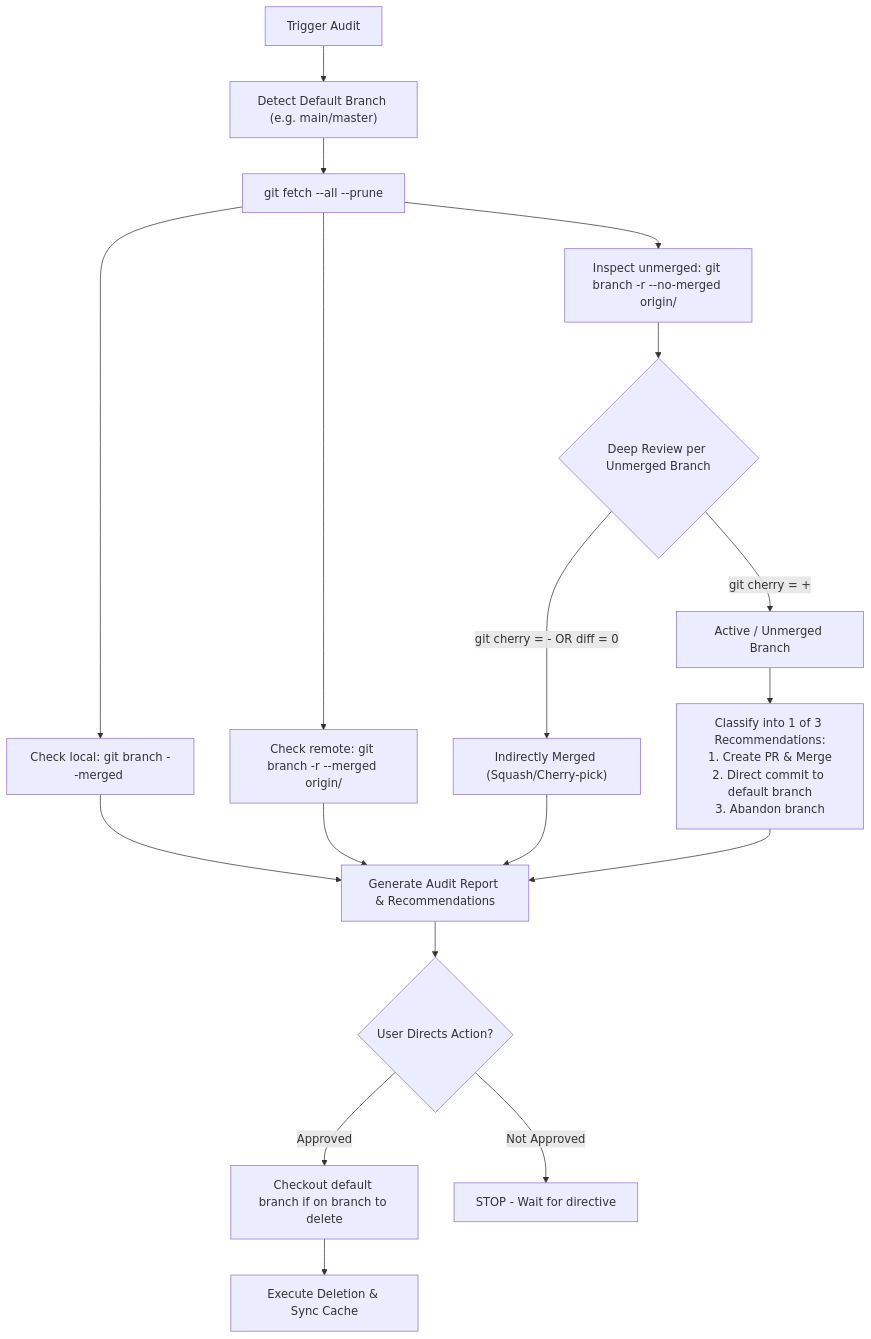
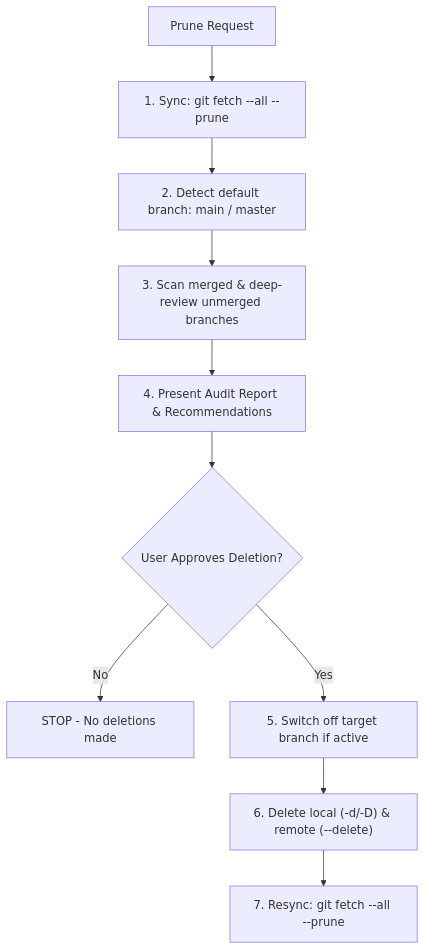
One commit to loerei/YumeShelf changed the diagram in .agents/skills/prune-branches/SKILL.md. Above: the diagram before and after it, drawn with Mermaid. The commit also changed other lines of this file and 114 other files, not shown here.

````diff
--- a/.agents/skills/prune-branches/SKILL.md
+++ b/.agents/skills/prune-branches/SKILL.md
@@ -13,24 +12,12 @@
 ```mermaid
 flowchart TD
-    Start["Trigger Audit"] --> Detect["Detect Default Branch (e.g. main/master)"]
-    Detect --> Fetch["git fetch --all --prune"]
-    Fetch --> ListLocal["Check local: git branch --merged <default>"]
-    Fetch --> ListRemote["Check remote: git branch -r --merged origin/<default>"]
-    Fetch --> CheckUnmerged["Inspect unmerged: git branch -r --no-merged origin/<default>"]
-    
-    CheckUnmerged --> DeepReview{"Deep Review per Unmerged Branch"}
-    
-    DeepReview -->|"git cherry = - OR diff = 0"| IndirectMerged["Indirectly Merged (Squash/Cherry-pick)"]
-    DeepReview -->|"git cherry = +"| Unmerged["Active / Unmerged Branch"]
-    
-    IndirectMerged --> Report["Generate Audit Report & Recommendations"]
-    ListLocal --> Report
-    ListRemote --> Report
-    Unmerged --> Classify3["Classify into 1 of 3 Recommendations:<br/>1. Create PR & Merge<br/>2. Direct commit to default branch<br/>3. Abandon branch"]
-    Classify3 --> Report
-    
-    Report --> UserChoice{"User Directs Action?"}
-    UserChoice -->|"Approved"| SwitchBranch["Checkout default branch if on branch to delete"]
-    SwitchBranch --> Prune["Execute Deletion & Sync Cache"]
-    UserChoice -->|"Not Approved"| Stop["STOP - Wait for directive"]
+    Start["Prune Request"] --> Fetch["1. Sync: git fetch --all --prune"]
+    Fetch --> DetectDefault["2. Detect default branch: main / master"]
+    DetectDefault --> Audit["3. Scan merged & deep-review unmerged branches"]
+    Audit --> Report["4. Present Audit Report & Recommendations"]
+    Report --> Choice{"User Approves Deletion?"}
+    Choice -->|"No"| Stop["STOP - No deletions made"]
+    Choice -->|"Yes"| Switch["5. Switch off target branch if active"]
+    Switch --> Delete["6. Delete local (-d/-D) & remote (--delete)"]
+    Delete --> Resync["7. Resync: git fetch --all --prune"]
 ```
````
